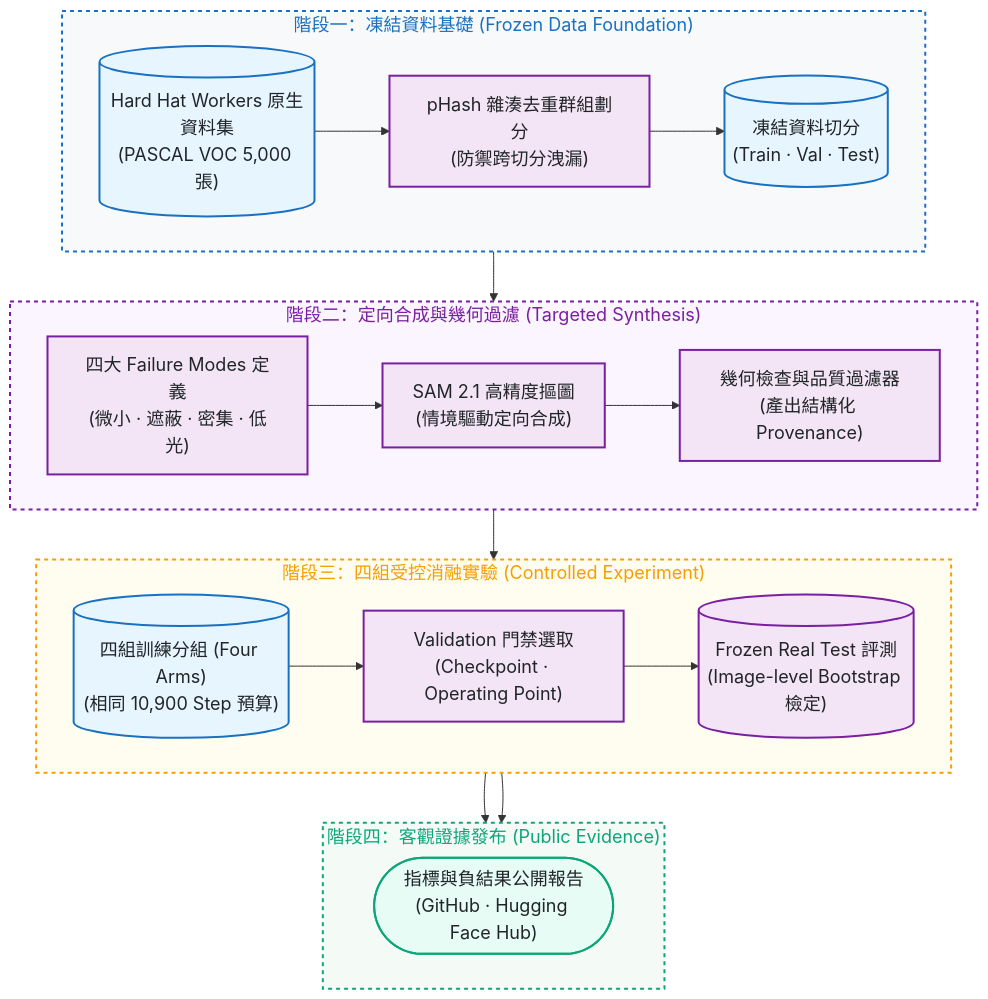
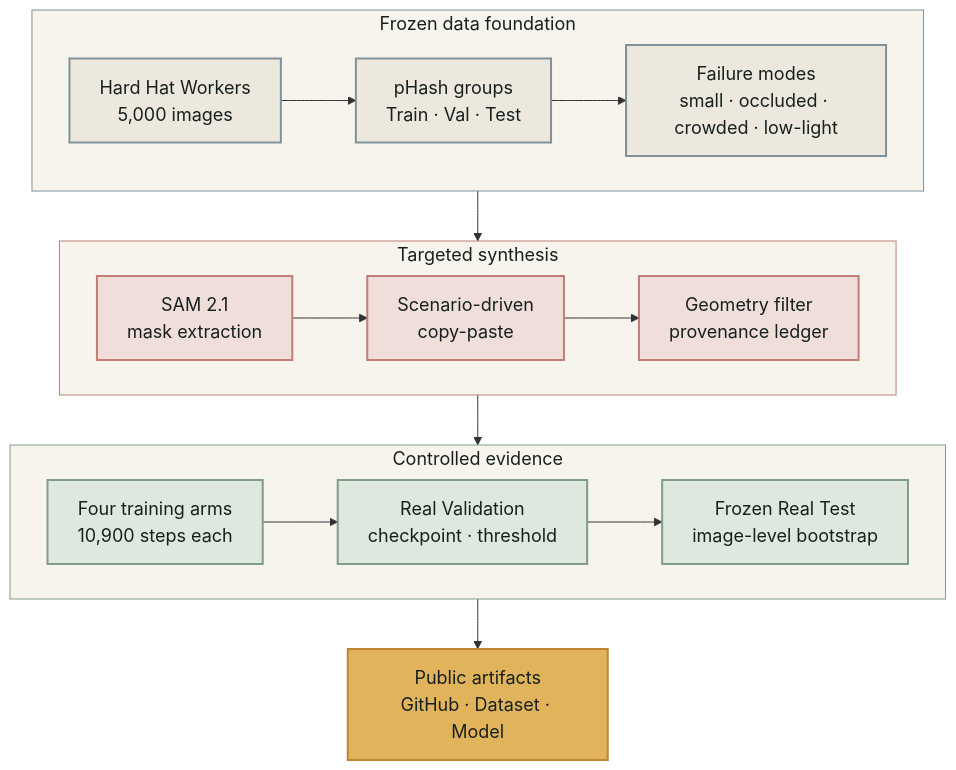
Before and after one commit to kuotunyu/SafeSynth: the diagram in README.md, drawn with Mermaid. The commit also changed other lines of this file and 4 other files, not shown here.

````diff
--- a/README.md
+++ b/README.md
@@ -48,38 +59,36 @@
 ```mermaid
 %%{init: {'themeVariables': {'fontSize': '18px'}}}%%
-flowchart TD
-    subgraph DataStage ["階段一：凍結資料基礎 (Frozen Data Foundation)"]
+flowchart TB
+    subgraph DataStage ["Frozen data foundation"]
         direction LR
-        Raw[("Hard Hat Workers 原生資料集<br/>(PASCAL VOC 5,000 張)")] --> Split["pHash 雜湊去重群組劃分<br/>(防禦跨切分洩漏)"] --> Set[("凍結資料切分<br/>(Train · Val · Test)")]
+        Raw["Hard Hat Workers<br/>5,000 images"] --> Split["pHash groups<br/>Train · Val · Test"] --> Failure["Failure modes<br/>small · occluded · crowded · low-light"]
     end
 
-    subgraph SynthStage ["階段二：定向合成與幾何過濾 (Targeted Synthesis)"]
+    subgraph SynthesisStage ["Targeted synthesis"]
         direction LR
-        Fail["四大 Failure Modes 定義<br/>(微小 · 遮蔽 · 密集 · 低光)"] --> SAM["SAM 2.1 高精度摳圖<br/>(情境驅動定向合成)"] --> Filter["幾何檢查與品質過濾器<br/>(產出結構化 Provenance)"]
+        Mask["SAM 2.1<br/>mask extraction"] --> Compose["Scenario-driven<br/>copy-paste"] --> Filter["Geometry filter<br/>provenance ledger"]
     end
 
-    subgraph ExpStage ["階段三：四組受控消融實驗 (Controlled Experiment)"]
+    subgraph EvidenceStage ["Controlled evidence"]
         direction LR
-        Arms[("四組訓練分組 (Four Arms)<br/>(相同 10,900 Step 預算)")] --> Val["Validation 門禁選取<br/>(Checkpoint · Operating Point)"] --> Test[("Frozen Real Test 評測<br/>(Image-level Bootstrap 檢定)")]
+        Arms["Four training arms<br/>10,900 steps each"] --> Val["Real Validation<br/>checkpoint · threshold"] --> Test["Frozen Real Test<br/>image-level bootstrap"]
     end
 
-    subgraph PubStage ["階段四：客觀證據發布 (Public Evidence)"]
-        direction LR
-        Test --> Evidence(["指標與負結果公開報告<br/>(GitHub · Hugging Face Hub)"])
-    end
+    Publish["Public artifacts<br/>GitHub · Dataset · Model"]
 
-    DataStage --> SynthStage --> ExpStage --> PubStage
+    DataStage --> SynthesisStage --> EvidenceStage --> Publish
 
-    classDef srcStyle fill:#e7f5ff,stroke:#1971c2,stroke-width:2px,color:#212529
-    classDef procStyle fill:#f3e5f5,stroke:#7b1fa2,stroke-width:2px,color:#212529
-    classDef evalStyle fill:#e6fcf5,stroke:#0ca678,stroke-width:2px,color:#212529
+    classDef data fill:#ede8de,stroke:#7f919a,stroke-width:2px,color:#17201e
+    classDef synthesis fill:#f0deda,stroke:#c37d72,stroke-width:2px,color:#17201e
+    classDef evidence fill:#dfe8df,stroke:#7f9d8a,stroke-width:2px,color:#17201e
+    classDef publish fill:#e1b45b,stroke:#bd8730,stroke-width:2px,color:#17201e
 
-    class Raw,Set,Arms srcStyle
-    class Split,Fail,SAM,Filter,Val,Test procStyle
-    class Evidence evalStyle
+    class Raw,Split,Failure data
+    class Mask,Compose,Filter synthesis
+    class Arms,Val,Test evidence
+    class Publish publish
 
-    style DataStage fill:#f8f9fa,stroke:#1971c2,stroke-width:2px,color:#1971c2,stroke-dasharray: 4 4
-    style SynthStage fill:#faf5ff,stroke:#7b1fa2,stroke-width:2px,color:#7b1fa2,stroke-dasharray: 4 4
-    style ExpStage fill:#fffcf0,stroke:#f59f00,stroke-width:2px,color:#f59f00,stroke-dasharray: 4 4
-    style PubStage fill:#f4fbf7,stroke:#0ca678,stroke-width:2px,color:#0ca678,stroke-dasharray: 4 4
+    style DataStage fill:#f7f4ed,stroke:#7f919a,stroke-width:1px,color:#17201e
+    style SynthesisStage fill:#f7f4ed,stroke:#c37d72,stroke-width:1px,color:#17201e
+    style EvidenceStage fill:#f7f4ed,stroke:#7f9d8a,stroke-width:1px,color:#17201e
 ```
````
